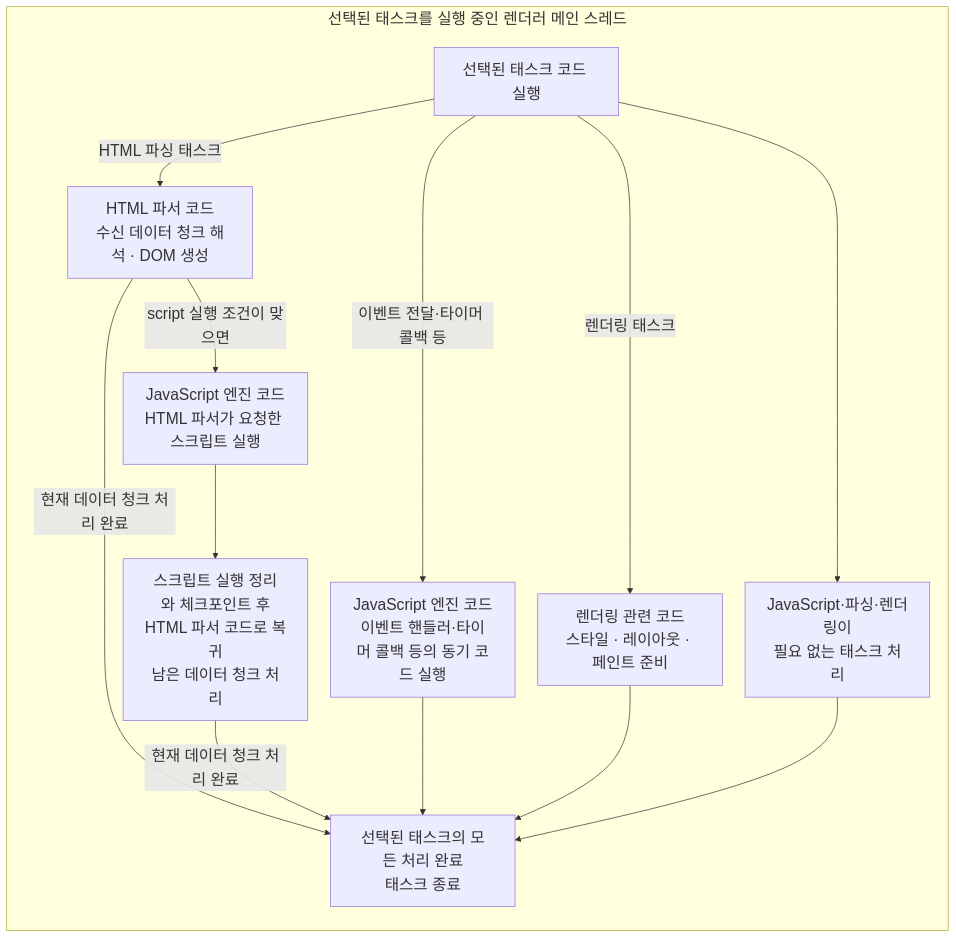
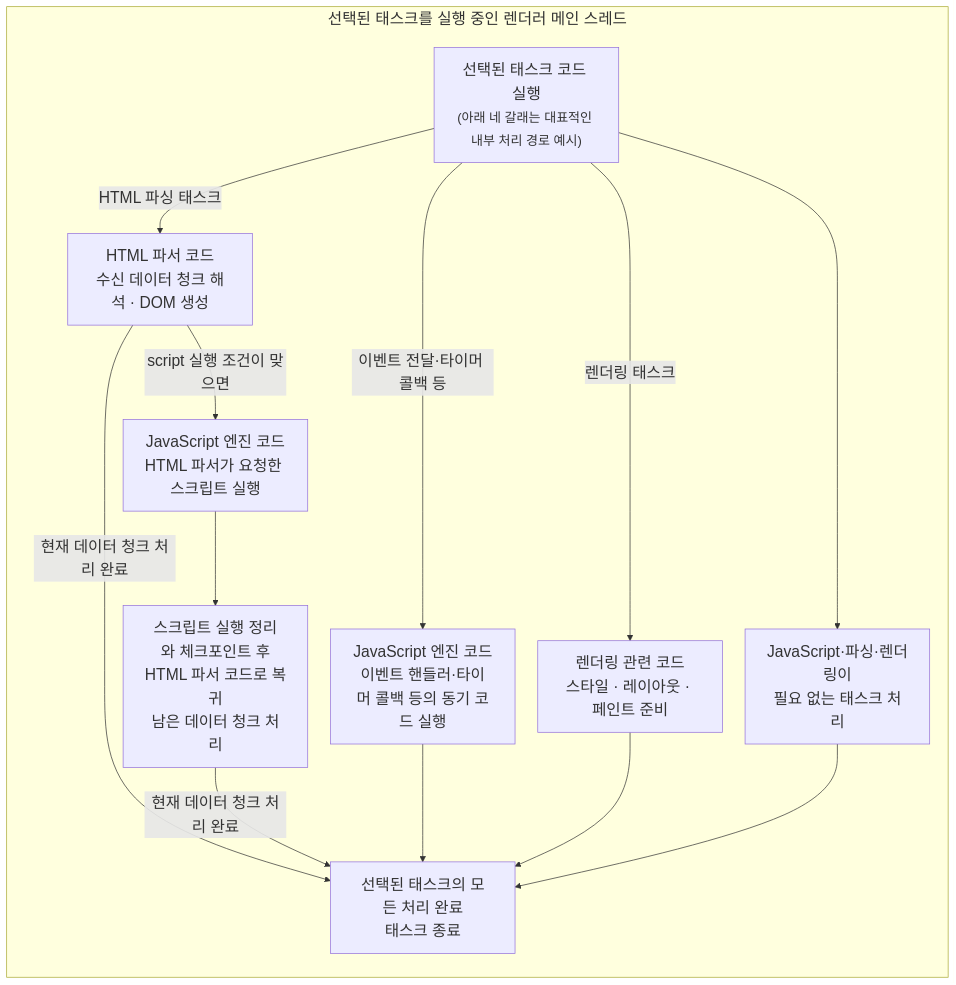
The third of 3 diagrams in docs/frontend-study/06-main-thread-call-stack-and-event-loop.md (lee-gimoon/futures-paper-trading), drawn with Mermaid before and after one commit. The commit also changed other lines of this file, not shown here.

Commit message:
docs: clarify message pump wake-up flow

````diff
--- a/docs/frontend-study/06-main-thread-call-stack-and-event-loop.md
+++ b/docs/frontend-study/06-main-thread-call-stack-and-event-loop.md
@@ -107,27 +108,27 @@
 ```mermaid
 %%{init: {"themeVariables": {"fontSize": "22px"}, "flowchart": {"nodeSpacing": 32, "rankSpacing": 42, "subGraphTitleMargin": {"top": 0, "bottom": 24}}}}%%
 flowchart TB
   subgraph MAIN["선택된 태스크를 실행 중인 렌더러 메인 스레드"]
     direction TB
-    TASK["선택된 태스크 코드 실행"]
+    TASK["선택된 태스크 코드 실행<br/><small>(아래 네 갈래는 대표적인 내부 처리 경로 예시)</small>"]
     PARSER["HTML 파서 코드<br/>수신 데이터 청크 해석 · DOM 생성"]
     SCRIPT_JS["JavaScript 엔진 코드<br/>HTML 파서가 요청한 스크립트 실행"]
     PARSER_RESUME["스크립트 실행 정리와 체크포인트 후<br/>HTML 파서 코드로 복귀<br/>남은 데이터 청크 처리"]
     TASK_JS["JavaScript 엔진 코드<br/>이벤트 핸들러·타이머 콜백 등의 동기 코드 실행"]
     RENDER_CODE["렌더링 관련 코드<br/>스타일 · 레이아웃 · 페인트 준비"]
     OTHER["JavaScript·파싱·렌더링이<br/>필요 없는 태스크 처리"]
     TASK_DONE["선택된 태스크의 모든 처리 완료<br/>태스크 종료"]
 
     TASK -->|"HTML 파싱 태스크"| PARSER
     PARSER -->|"script 실행 조건이 맞으면"| SCRIPT_JS
     PARSER -->|"현재 데이터 청크 처리 완료"| TASK_DONE
     SCRIPT_JS --> PARSER_RESUME
     PARSER_RESUME -->|"현재 데이터 청크 처리 완료"| TASK_DONE
     TASK -->|"이벤트 전달·타이머 콜백 등"| TASK_JS
     TASK_JS --> TASK_DONE
     TASK -->|"렌더링 태스크"| RENDER_CODE
     RENDER_CODE --> TASK_DONE
     TASK --> OTHER
     OTHER --> TASK_DONE
   end
 ```
````
